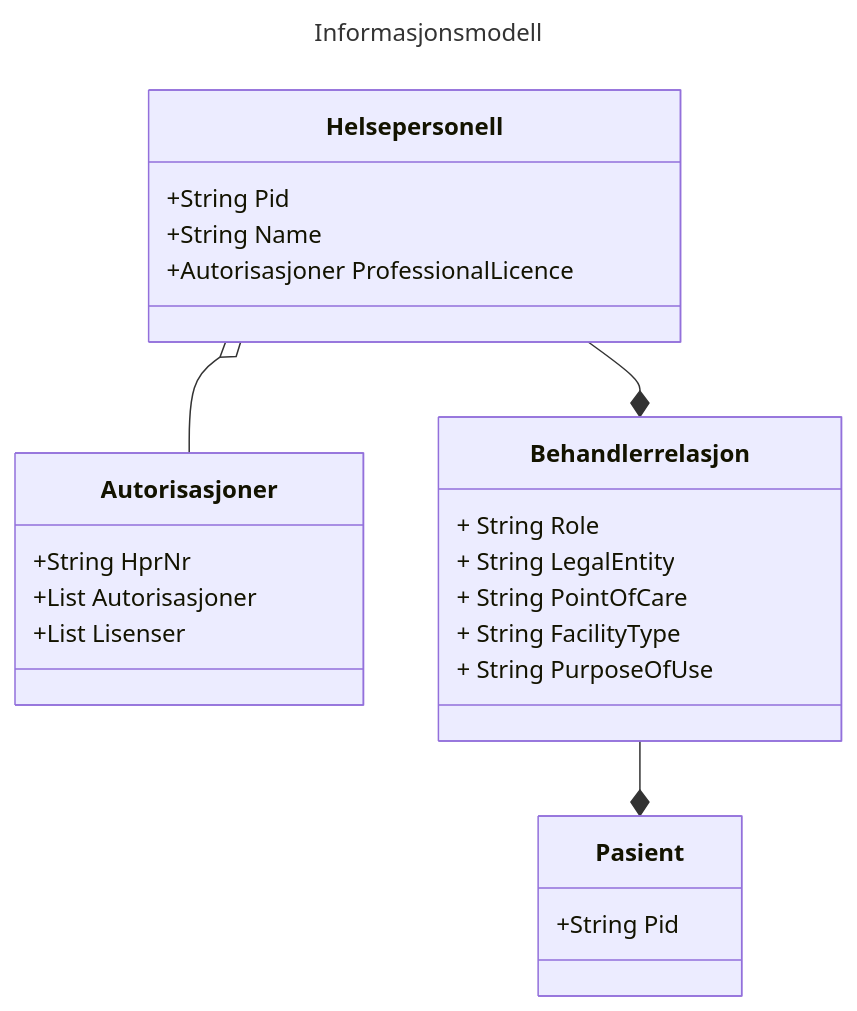
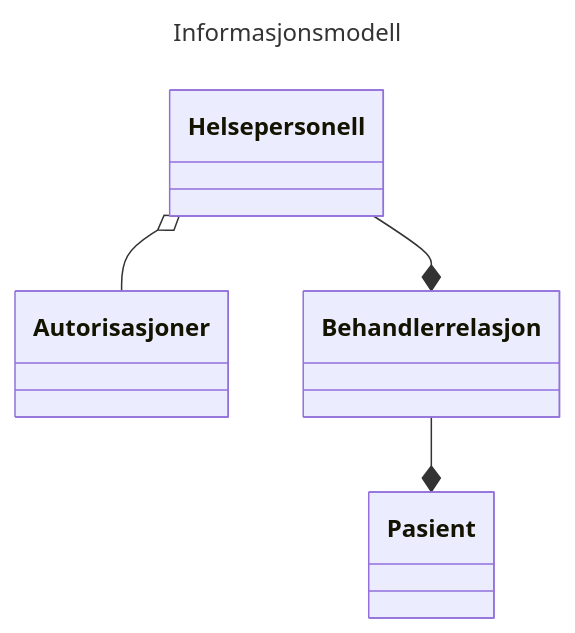
Before and after one commit to NorskHelsenett/Tillitsrammeverk: the diagram in specs/informasjons_og_datamodell.md, drawn with Mermaid. The commit also changed other lines of this file, not shown here.

````diff
--- a/specs/informasjons_og_datamodell.md
+++ b/specs/informasjons_og_datamodell.md
@@ -106,30 +106,18 @@
 ```mermaid
 ---
 title: Informasjonsmodell
 ---
 classDiagram
     Helsepersonell o-- Autorisasjoner
 	Helsepersonell --* Behandlerrelasjon
 	Behandlerrelasjon --* Pasient
     class Autorisasjoner{
-    		+String HprNr
-    		+List<String> Autorisasjoner
-    		+List<String> Lisenser
     }
     class Helsepersonell{
-        +String Pid
-        +String Name
-        +Autorisasjoner ProfessionalLicence
     }
     class Behandlerrelasjon{
-        + String Role
-        + String LegalEntity
-        + String PointOfCare
-        + String FacilityType
-        + String PurposeOfUse
     }
     class Pasient{
-        +String Pid
     }
 
 ```
````
